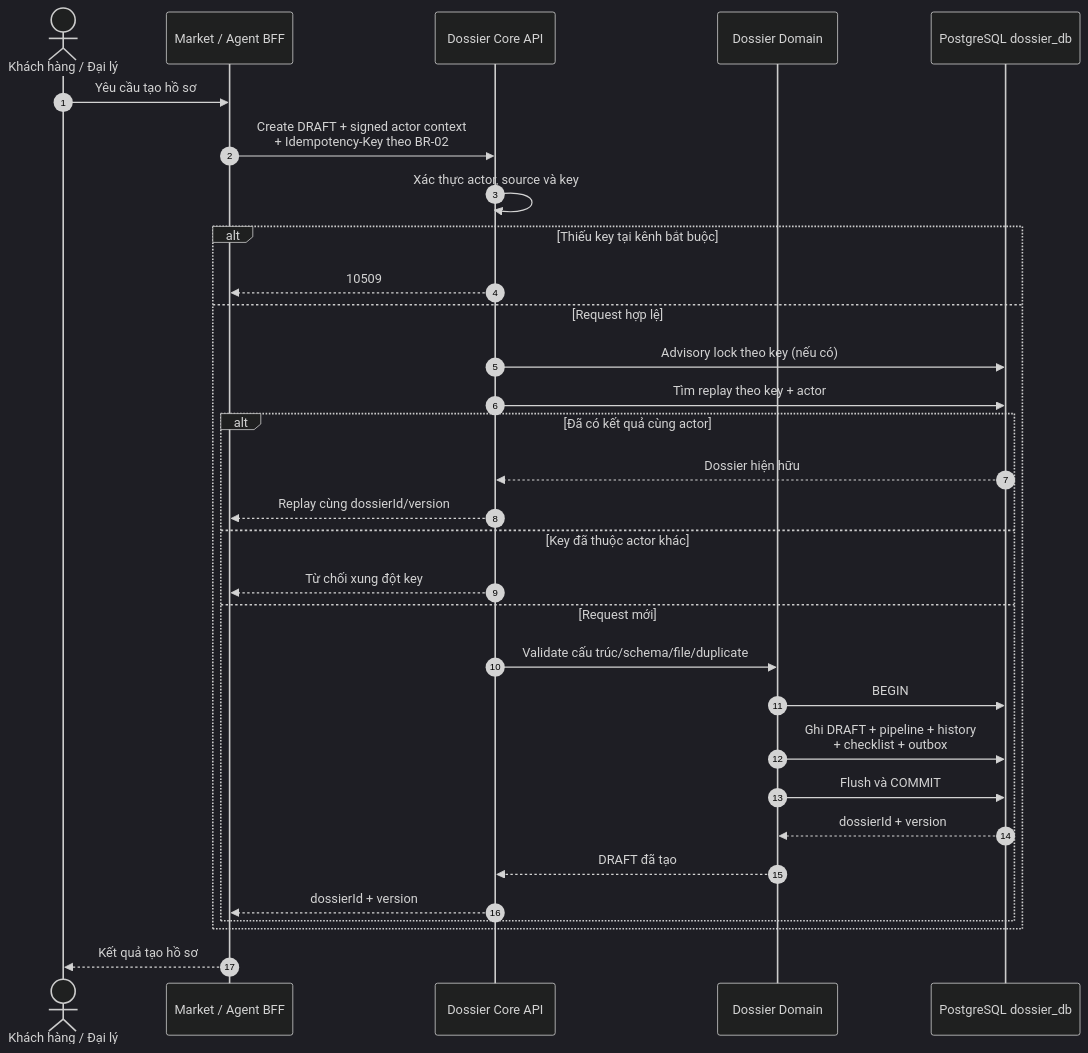
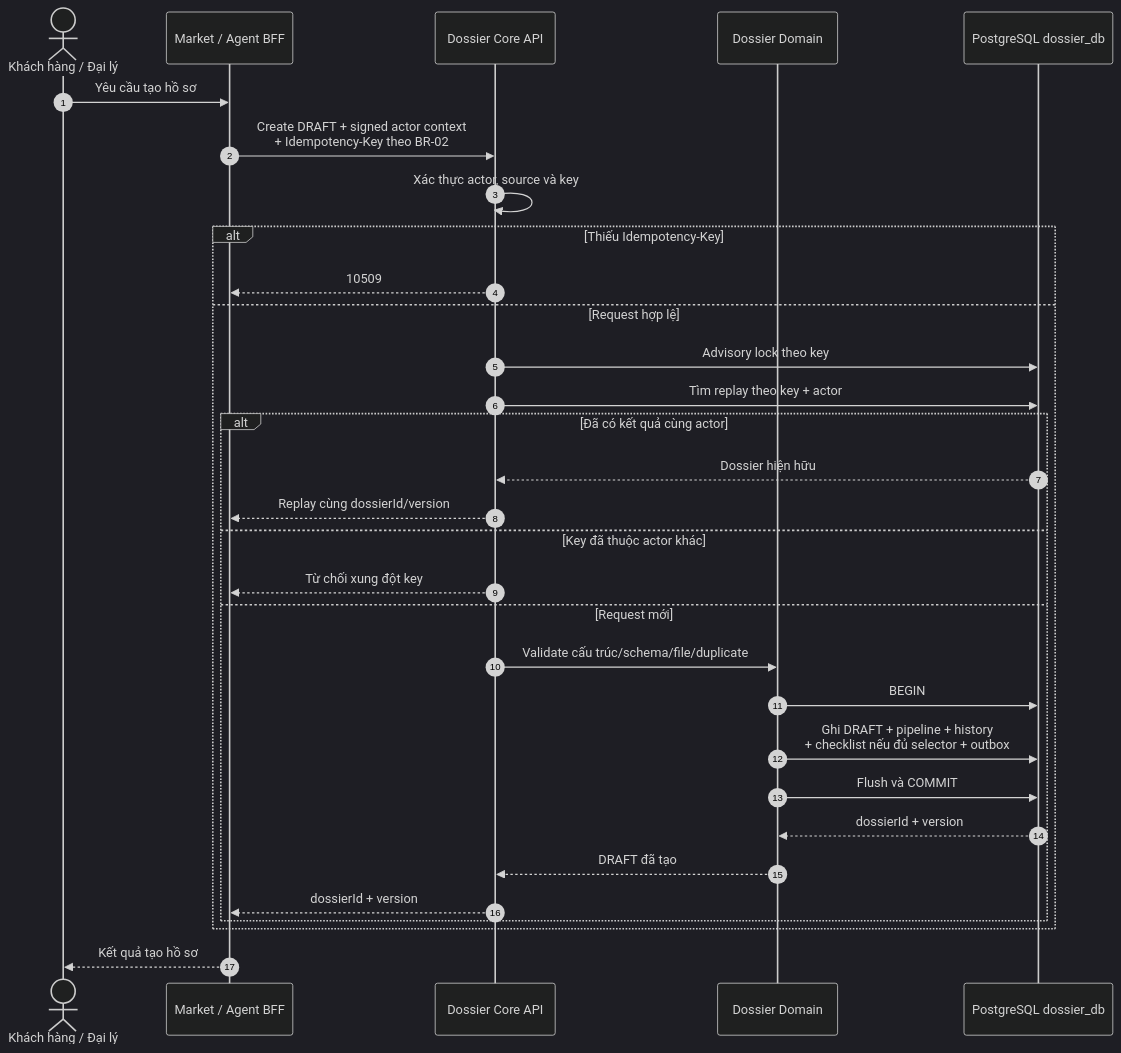
One commit to huynv-xyz/vhm changed the ninth of 15 diagrams in tdd-dossier.md. Above: the diagram before and after it, drawn with Mermaid (dark theme). The commit also changed other lines of this file, not shown here.

````diff
--- a/tdd-dossier.md
+++ b/tdd-dossier.md
@@ -849,34 +877,34 @@
 ```mermaid
 sequenceDiagram
     autonumber
     actor User as Khách hàng / Đại lý
     participant BFF as Market / Agent BFF
     participant API as Dossier Core API
     participant Domain as Dossier Domain
     participant DB as PostgreSQL dossier_db
 
     User->>BFF: Yêu cầu tạo hồ sơ
     BFF->>API: Create DRAFT + signed actor context<br/>+ Idempotency-Key theo BR-02
     API->>API: Xác thực actor, source và key
-    alt Thiếu key tại kênh bắt buộc
+    alt Thiếu Idempotency-Key
         API-->>BFF: 10509
     else Request hợp lệ
-        API->>DB: Advisory lock theo key (nếu có)
+        API->>DB: Advisory lock theo key
         API->>DB: Tìm replay theo key + actor
         alt Đã có kết quả cùng actor
             DB-->>API: Dossier hiện hữu
             API-->>BFF: Replay cùng dossierId/version
         else Key đã thuộc actor khác
             API-->>BFF: Từ chối xung đột key
         else Request mới
             API->>Domain: Validate cấu trúc/schema/file/duplicate
             Domain->>DB: BEGIN
-            Domain->>DB: Ghi DRAFT + pipeline + history<br/>+ checklist + outbox
+            Domain->>DB: Ghi DRAFT + pipeline + history<br/>+ checklist nếu đủ selector + outbox
             Domain->>DB: Flush và COMMIT
             DB-->>Domain: dossierId + version
             Domain-->>API: DRAFT đã tạo
             API-->>BFF: dossierId + version
         end
     end
     BFF-->>User: Kết quả tạo hồ sơ
 ```
````
